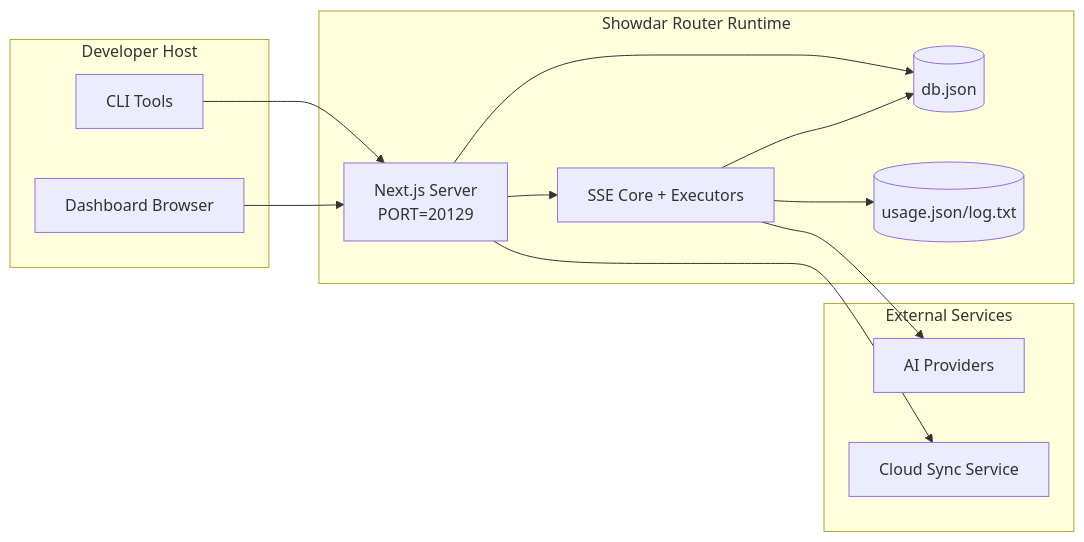
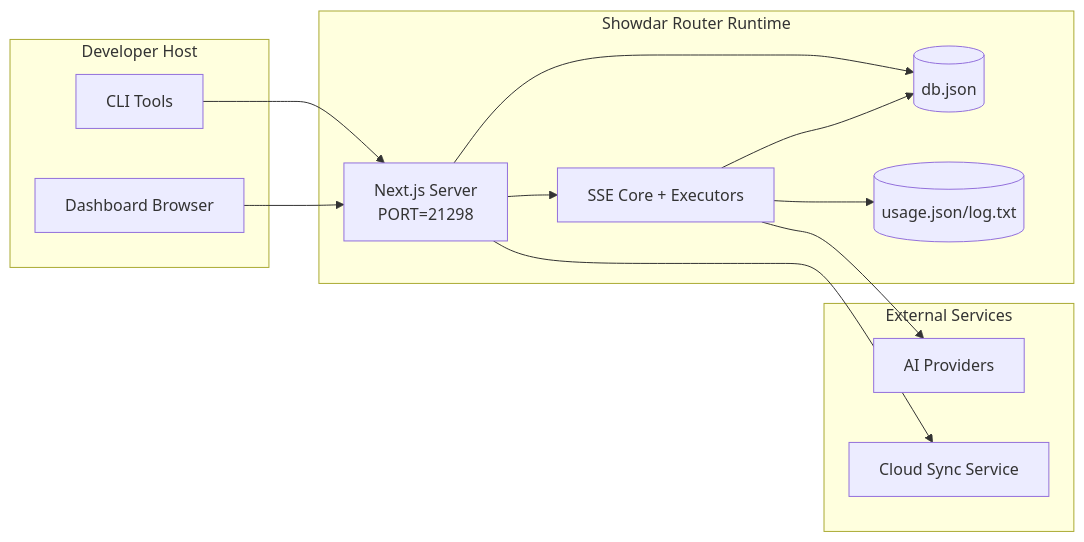
The seventh of 7 diagrams in docs/ARCHITECTURE.md (caongocquy/showdar-router), drawn with Mermaid before and after one commit. The commit also changed other lines of this file and 161 other files, not shown here.

````diff
--- a/docs/ARCHITECTURE.md
+++ b/docs/ARCHITECTURE.md
@@ -387,28 +387,28 @@
 ```mermaid
 flowchart LR
     subgraph LocalHost[Developer Host]
         CLI[CLI Tools]
         Browser[Dashboard Browser]
     end
 
     subgraph ContainerOrProcess[Showdar Router Runtime]
-        Next[Next.js Server\nPORT=20129]
+        Next[Next.js Server\nPORT=21298]
         Core[SSE Core + Executors]
         MainDB[(db.json)]
         UsageDB[(usage.json/log.txt)]
     end
 
     subgraph External[External Services]
         Providers[AI Providers]
         SyncCloud[Cloud Sync Service]
     end
 
     CLI --> Next
     Browser --> Next
     Next --> Core
     Next --> MainDB
     Core --> MainDB
     Core --> UsageDB
     Core --> Providers
     Next --> SyncCloud
 ```
````
